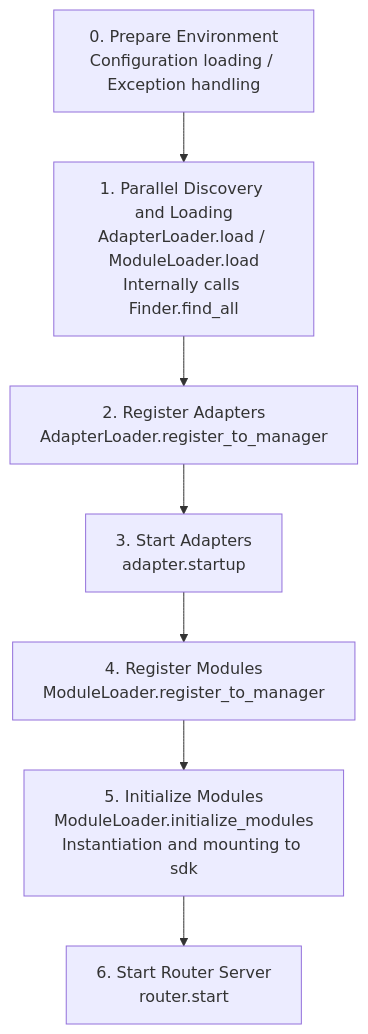
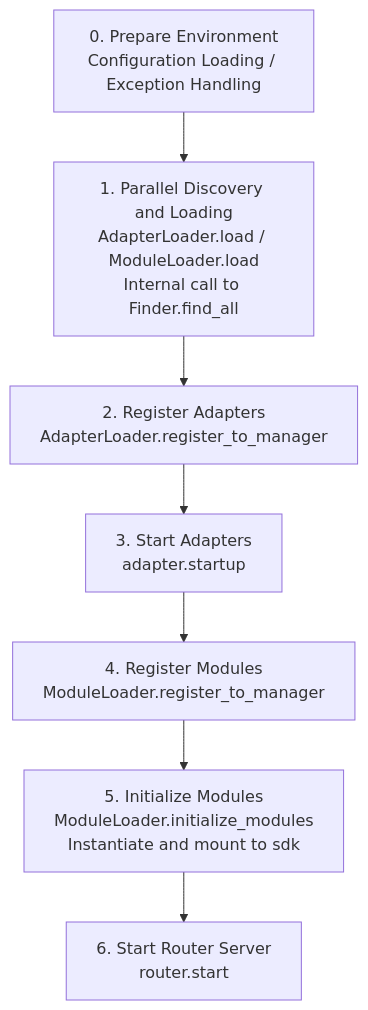
One commit to ErisPulse/ErisPulse changed the diagram in docs/en/advanced/startup.md. Above: the diagram before and after it, drawn with Mermaid. The commit also changed other lines of this file and 622 other files, not shown here.

````diff
--- a/docs/en/advanced/startup.md
+++ b/docs/en/advanced/startup.md
@@ -27,10 +27,10 @@
 ```mermaid
 flowchart TD
-    A[0. Prepare Environment<br/>Configuration loading / Exception handling] --> B
-    B[1. Parallel Discovery and Loading<br/>AdapterLoader.load / ModuleLoader.load<br/>Internally calls Finder.find_all] --> C
+    A[0. Prepare Environment<br/>Configuration Loading / Exception Handling] --> B
+    B[1. Parallel Discovery and Loading<br/>AdapterLoader.load / ModuleLoader.load<br/>Internal call to Finder.find_all] --> C
     C[2. Register Adapters<br/>AdapterLoader.register_to_manager] --> D
     D[3. Start Adapters<br/>adapter.startup] --> E
     E[4. Register Modules<br/>ModuleLoader.register_to_manager] --> F
-    F[5. Initialize Modules<br/>ModuleLoader.initialize_modules<br/>Instantiation and mounting to sdk] --> G
+    F[5. Initialize Modules<br/>ModuleLoader.initialize_modules<br/>Instantiate and mount to sdk] --> G
     G[6. Start Router Server<br/>router.start]
 ```
````
